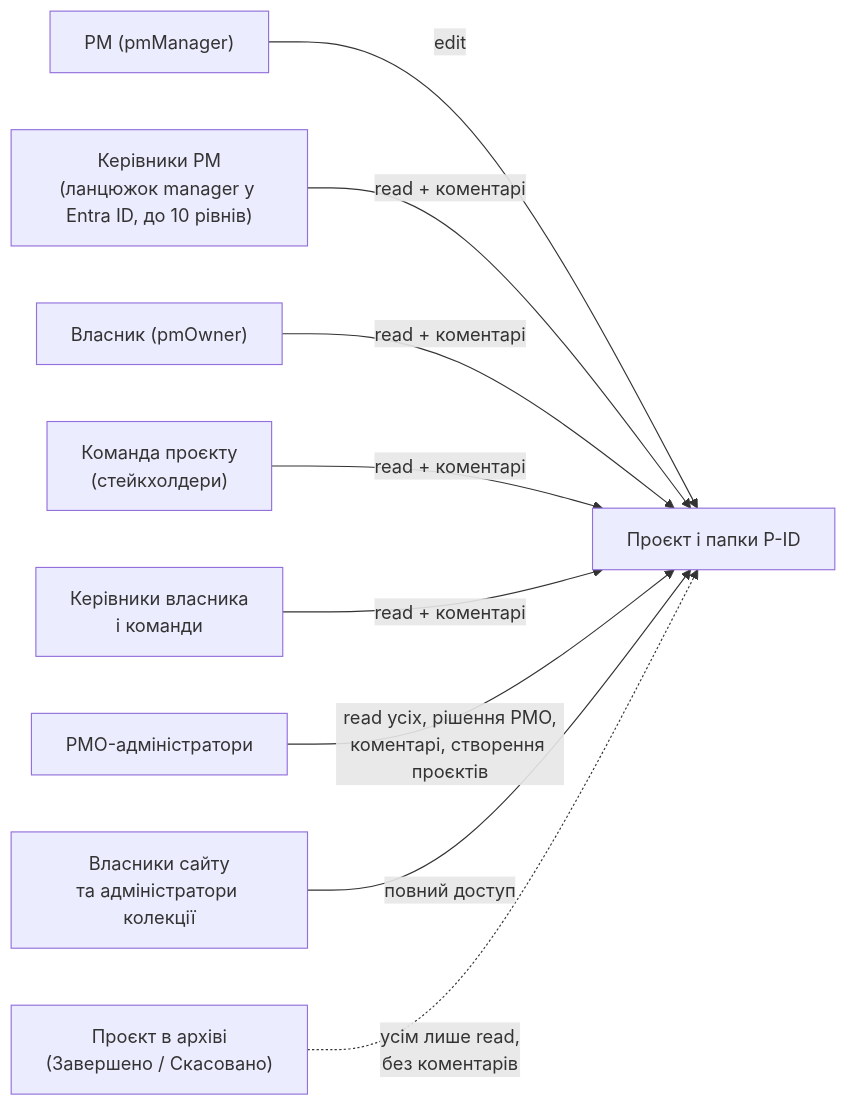
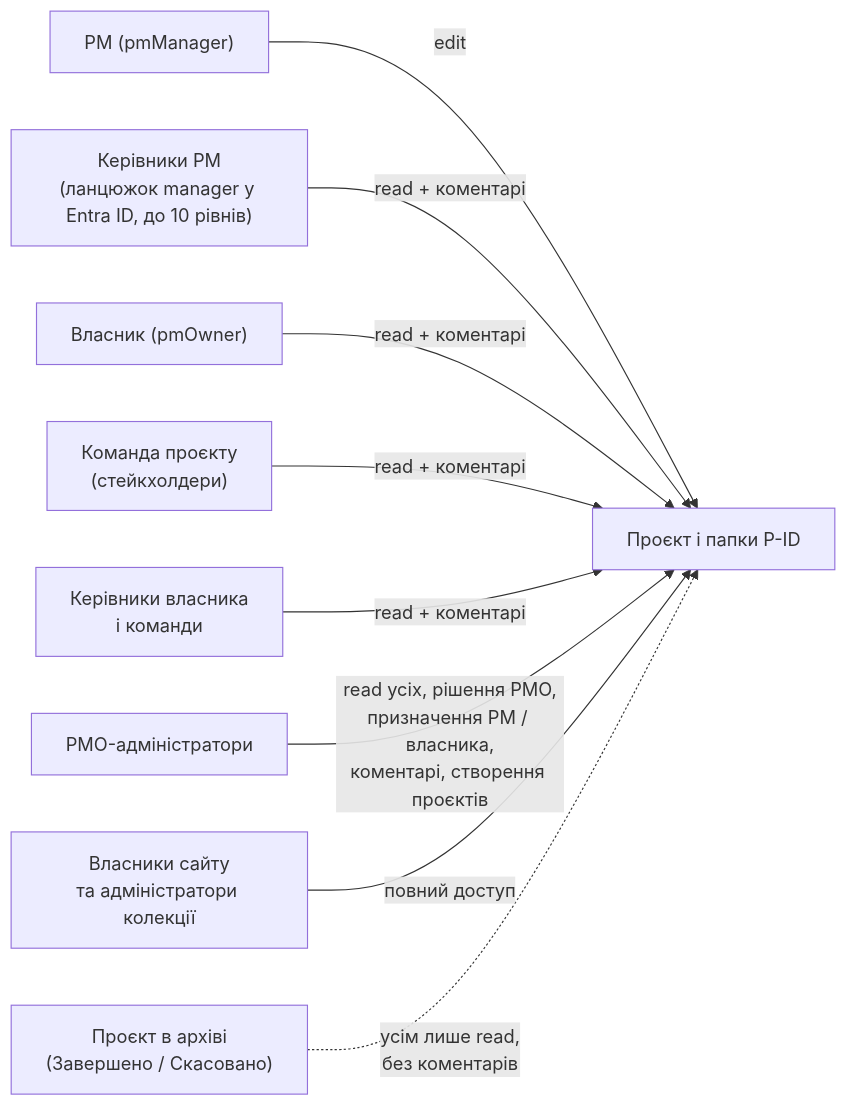
One commit to Acidsly/pmo-portal changed diagram 12 of 15 in docs/ARCHITECTURE.md. Above: the diagram before and after it, drawn with Mermaid. The commit also changed other lines of this file and 15 other files, not shown here.

Commit message:
Документация сверена с кодом: README, ARCHITECTURE (схемы), DATA-MODEL, SPEC, PROTOTYPE, DEPLOYMENT, команды, CLAUDE.md, spfx/README; «Усі призначення» по всем папкам; подсказка свежести 9–14

````diff
--- a/docs/ARCHITECTURE.md
+++ b/docs/ARCHITECTURE.md
@@ -343,11 +342,11 @@
 ```mermaid
 flowchart LR
     PM["PM (pmManager)"] -->|"edit"| PRJ["Проєкт і папки P-ID"]
     PMM["Керівники PM<br/>(ланцюжок manager у Entra ID, до 10 рівнів)"] -->|"read + коментарі"| PRJ
     OW["Власник (pmOwner)"] -->|"read + коментарі"| PRJ
     ST["Команда проєкту<br/>(стейкхолдери)"] -->|"read + коментарі"| PRJ
     MG["Керівники власника<br/>і команди"] -->|"read + коментарі"| PRJ
-    PMO["PMO-адміністратори"] -->|"read усіх, рішення PMO,<br/>коментарі, створення проєктів"| PRJ
+    PMO["PMO-адміністратори"] -->|"read усіх, рішення PMO,<br/>призначення PM / власника,<br/>коментарі, створення проєктів"| PRJ
     OWN["Власники сайту<br/>та адміністратори колекції"] -->|"повний доступ"| PRJ
     ARCH["Проєкт в архіві<br/>(Завершено / Скасовано)"] -.->|"усім лише read,<br/>без коментарів"| PRJ
 ```
````
